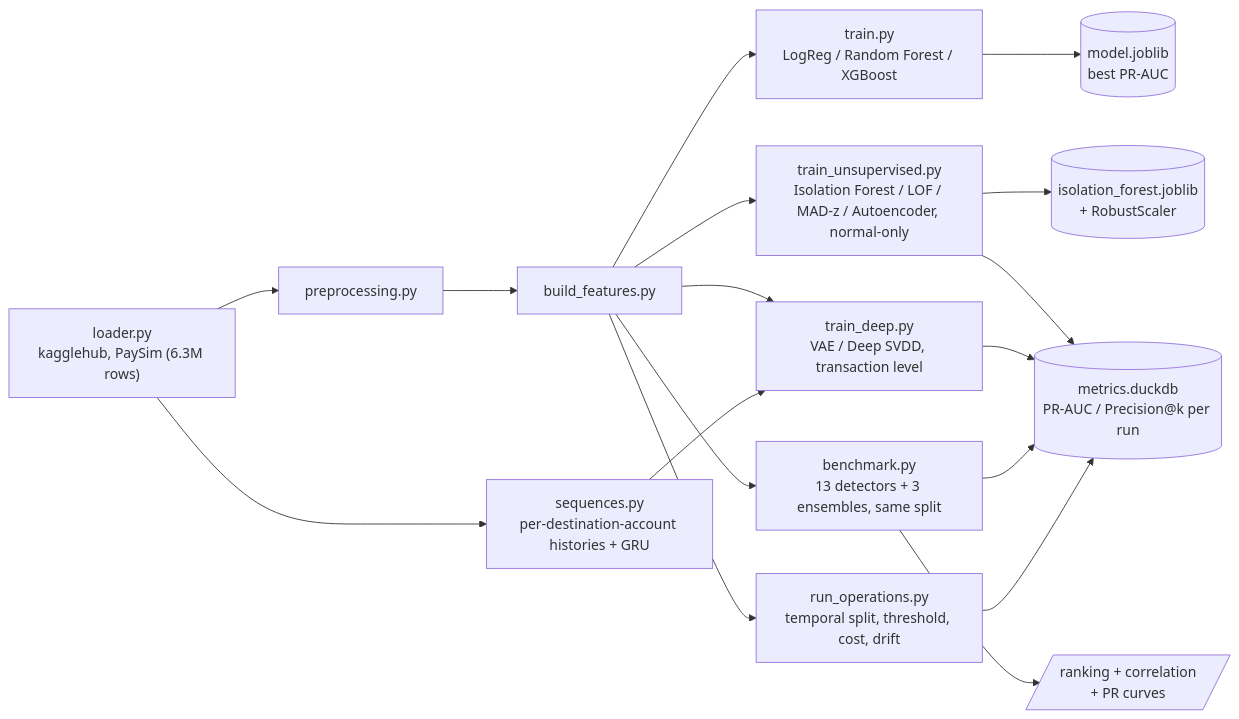
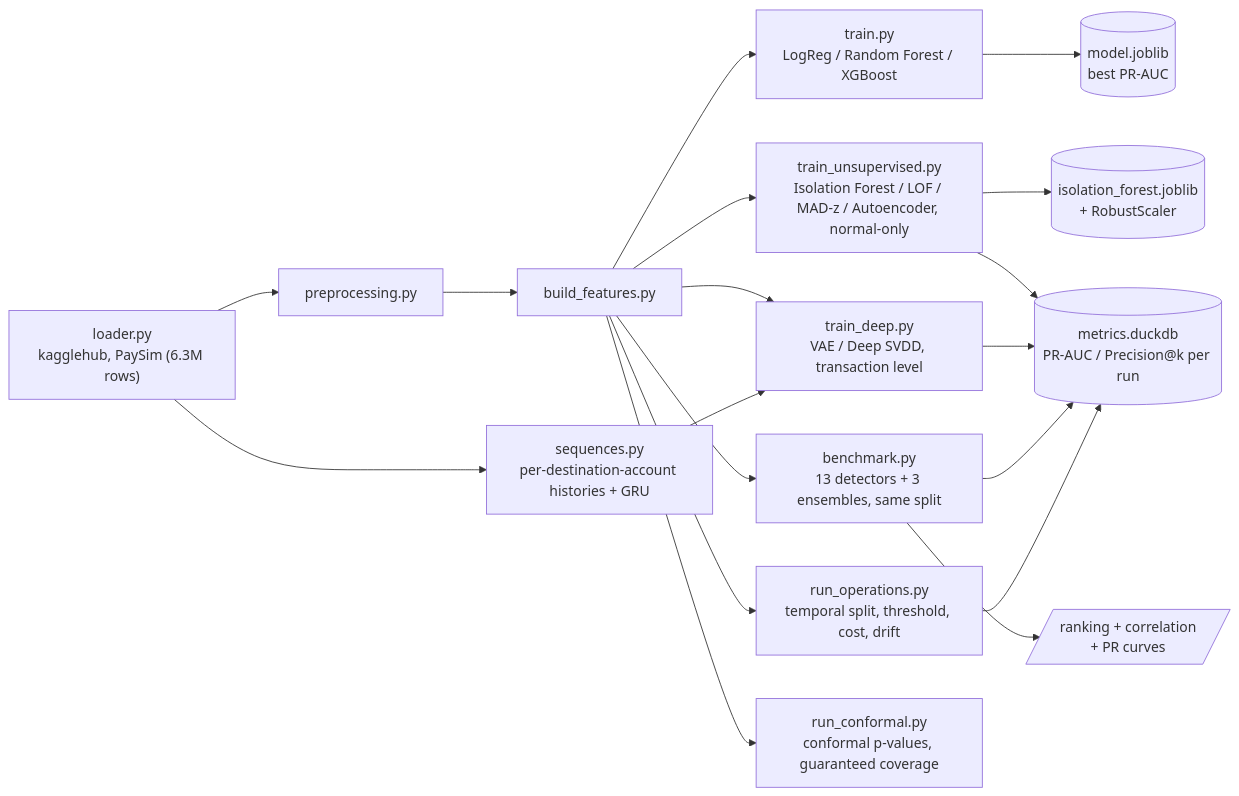
Before and after one commit to Rxyxs/Proyectos_ML_anomalias: the diagram in README.md, drawn with Mermaid. The commit also changed other lines of this file and 14 other files, not shown here.

````diff
--- a/README.md
+++ b/README.md
@@ -30,19 +58,20 @@
 ```mermaid
 flowchart LR
     A["loader.py<br/>kagglehub, PaySim (6.3M rows)"] --> B[preprocessing.py]
     B --> C[build_features.py]
     C --> D["train.py<br/>LogReg / Random Forest / XGBoost"]
     D --> E[(model.joblib<br/>best PR-AUC)]
     C --> F["train_unsupervised.py<br/>Isolation Forest / LOF / MAD-z / Autoencoder, normal-only"]
     F --> G[(isolation_forest.joblib<br/>+ RobustScaler)]
     F --> H[(metrics.duckdb<br/>PR-AUC / Precision@k per run)]
     C --> I["benchmark.py<br/>13 detectors + 3 ensembles, same split"]
     C --> K["train_deep.py<br/>VAE / Deep SVDD, transaction level"]
     A --> L["sequences.py<br/>per-destination-account histories + GRU"]
     L --> K
     K --> H
     I --> H
     I --> J[/"ranking + correlation<br/>+ PR curves"/]
     C --> M["run_operations.py<br/>temporal split, threshold, cost, drift"]
     M --> H
+    C --> N["run_conformal.py<br/>conformal p-values, guaranteed coverage"]
 ```
````
